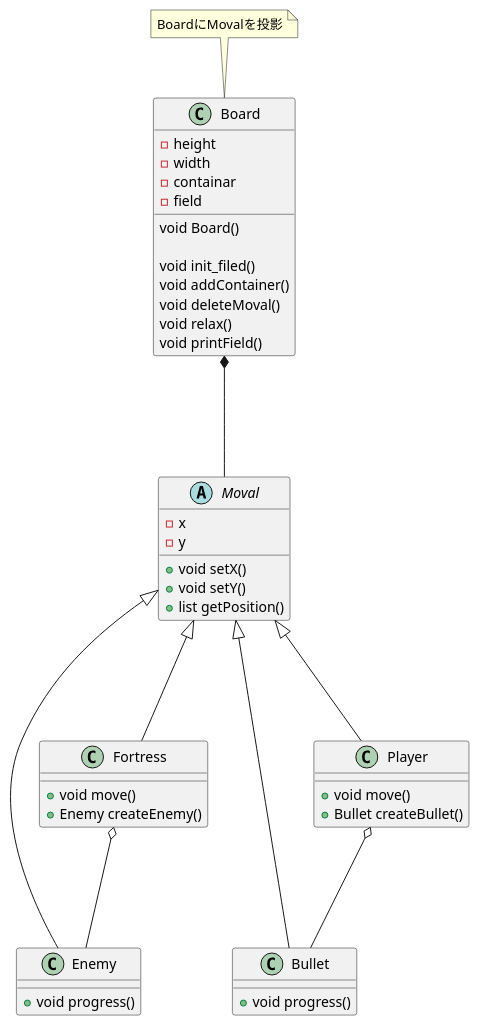
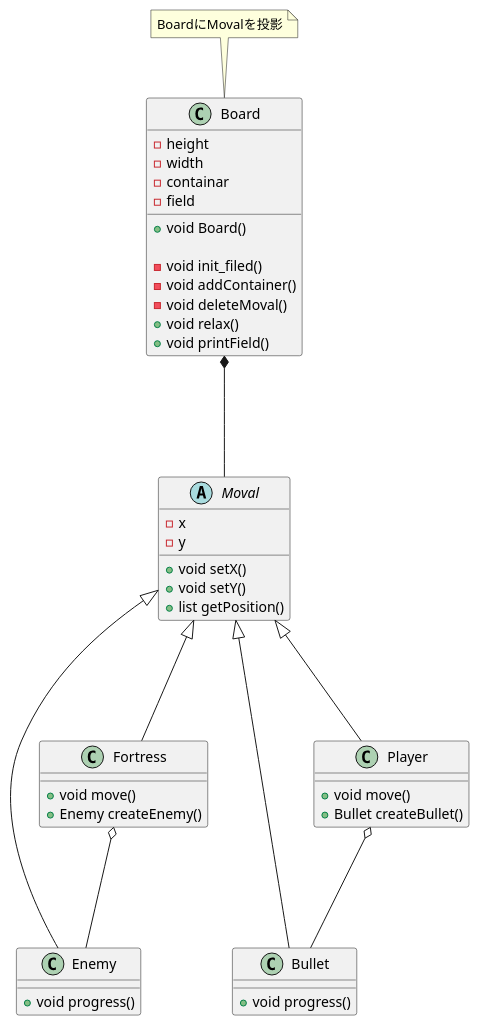
One commit to sontyubo/simple_shooting changed the diagram in shooting_game.pu. Above: the diagram before and after it, drawn with PlantUML. The commit also changed 4 other files, not shown here.

```diff
--- a/shooting_game.pu
+++ b/shooting_game.pu
@@ -4,58 +4,58 @@
 @startuml game
 
 class Board{
     - height
     - width
     - containar
     - field
 
-    void Board()
+    + void Board()
 
-    void init_filed()
-    void addContainer()
-    void deleteMoval()
-    void relax()
-    void printField()
+    - void init_filed()
+    - void addContainer()
+    - void deleteMoval()
+    + void relax()
+    + void printField()
 }
 note top of Board: BoardにMovalを投影
 
 abstract class Moval{
     - x
     - y
     + void setX()
     + void setY()
     + list getPosition()
 }
 
 class Enemy{
     + void progress()
 }
 
 class Bullet{
     + void progress()
 }
 
 class Player{
     + void move()
     + Bullet createBullet() 
 }
 
 class Fortress{
     + void move()
     + Enemy createEnemy() 
 }
 
 Board *--- Moval
 Moval <|--- Enemy
 Moval <|--- Player
 Moval <|--- Fortress
 Moval <|--- Bullet
 Fortress o--- Enemy
 Player o--- Bullet
 
 'note "This is a floating note" as N1
 'note "This note is connected\nto several objects." as N2
 'Object .. N2
 'N2 .. ArrayList
 
 @enduml
```
